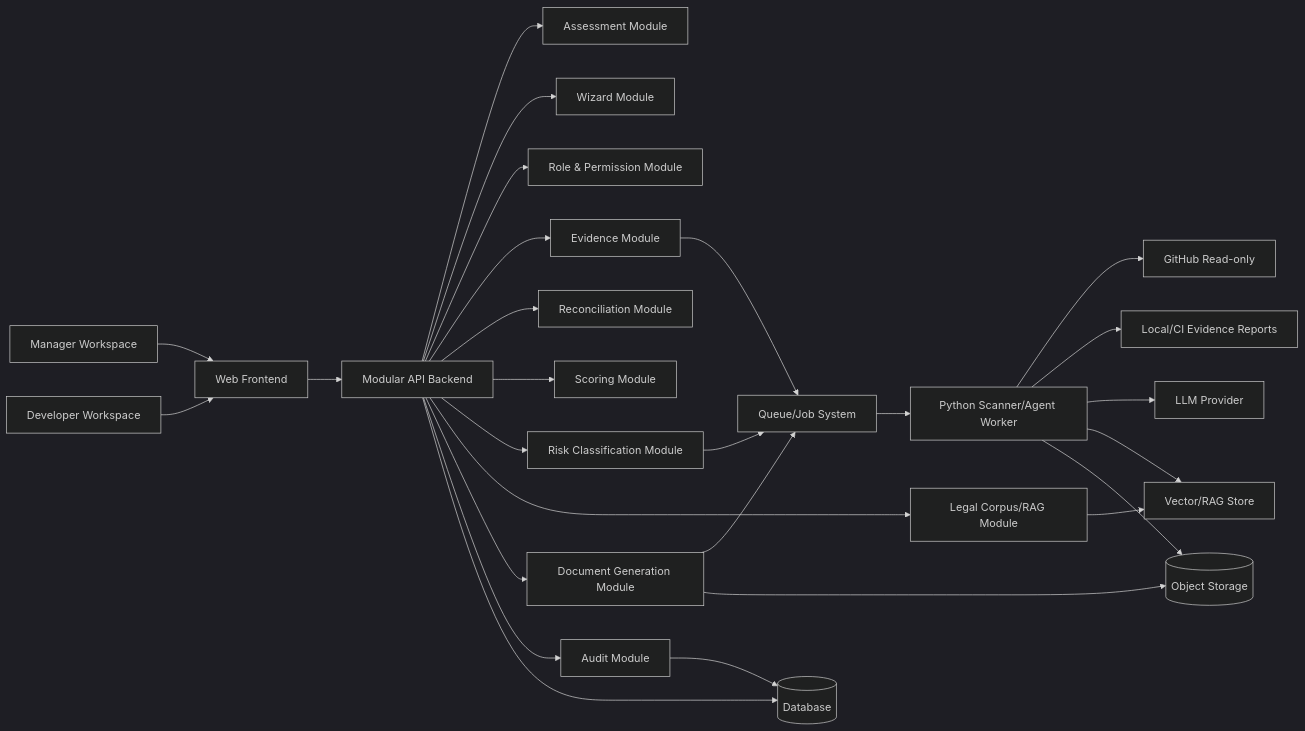
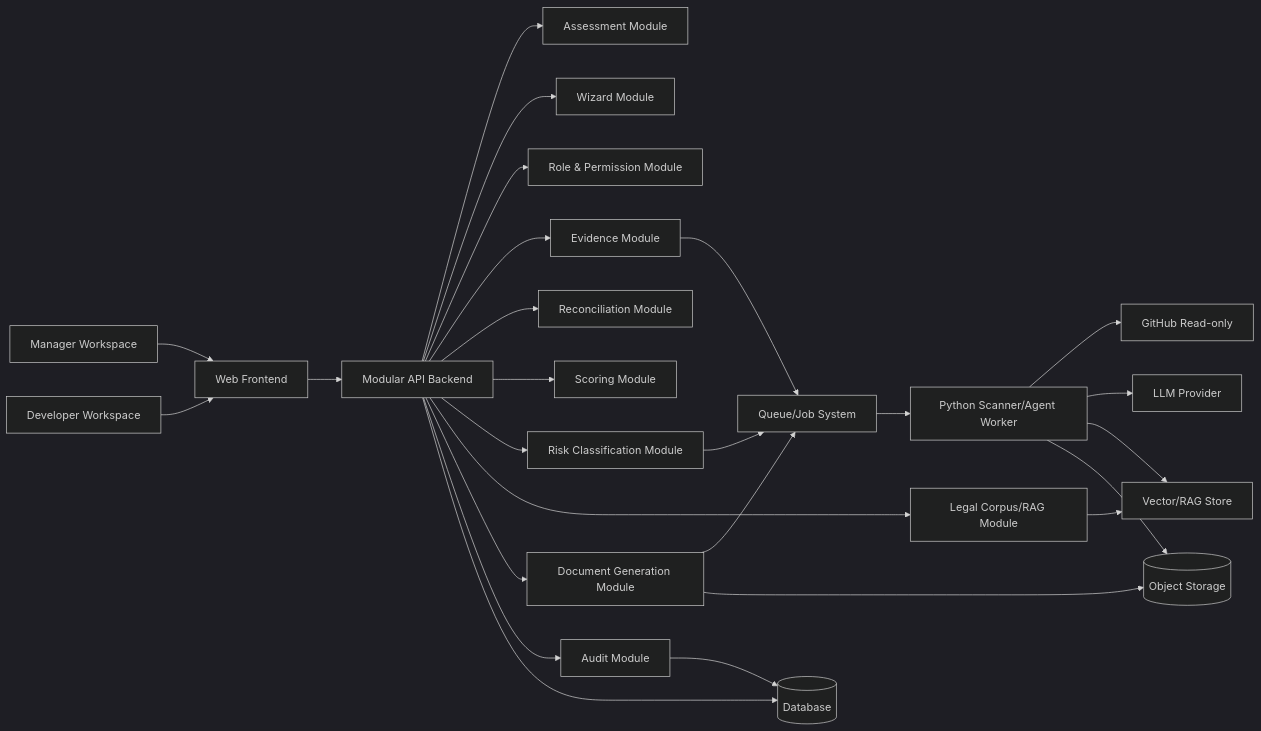
The first of 4 diagrams in docs/architecture/architecture.md (khovan123/LCSP), drawn with Mermaid (dark theme) before and after one commit. The commit also changed other lines of this file and 122 other files, not shown here.

````diff
--- a/docs/architecture/architecture.md
+++ b/docs/architecture/architecture.md
@@ -120,34 +130,33 @@
 ```mermaid
 flowchart LR
     Manager[Manager Workspace] --> Web[Web Frontend]
     Developer[Developer Workspace] --> Web
 
     Web --> API[Modular API Backend]
 
     API --> Assess[Assessment Module]
     API --> Wizard[Wizard Module]
     API --> RBAC[Role & Permission Module]
     API --> Evidence[Evidence Module]
     API --> Recon[Reconciliation Module]
     API --> Score[Scoring Module]
     API --> Risk[Risk Classification Module]
     API --> Legal[Legal Corpus/RAG Module]
     API --> Docs[Document Generation Module]
     API --> Audit[Audit Module]
 
     Evidence --> Queue[Queue/Job System]
     Risk --> Queue
     Docs --> Queue
 
     Queue --> Worker[Python Scanner/Agent Worker]
     Worker --> GitHub[GitHub Read-only]
-    Worker --> LocalCI[Local/CI Evidence Reports]
     Worker --> LLM[LLM Provider]
     Worker --> Vector[Vector/RAG Store]
 
     API --> DB[(Database)]
     Audit --> DB
     Legal --> Vector
     Docs --> Obj[(Object Storage)]
     Worker --> Obj
 ```
````
